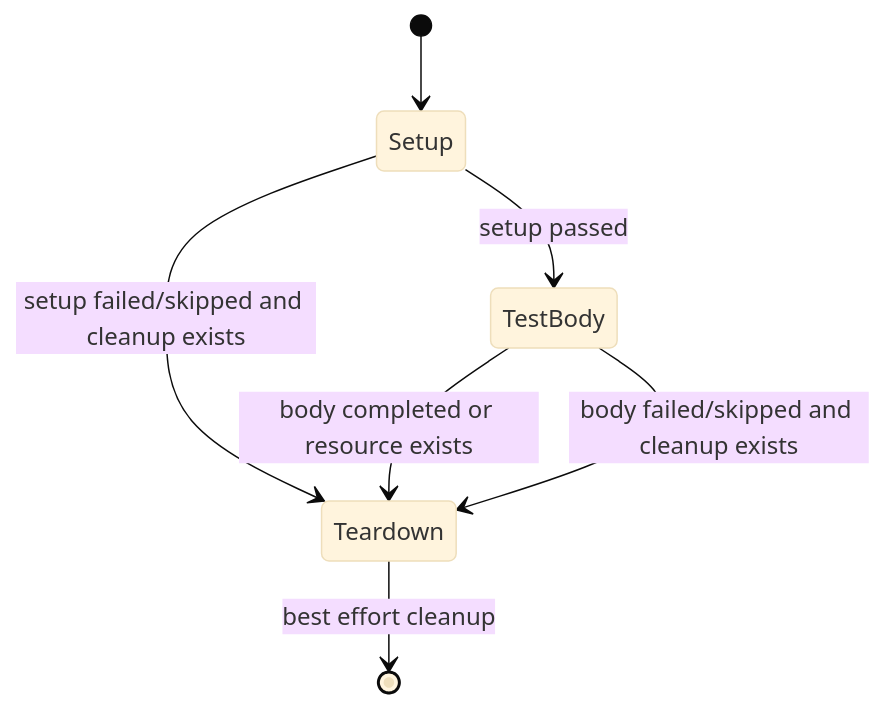
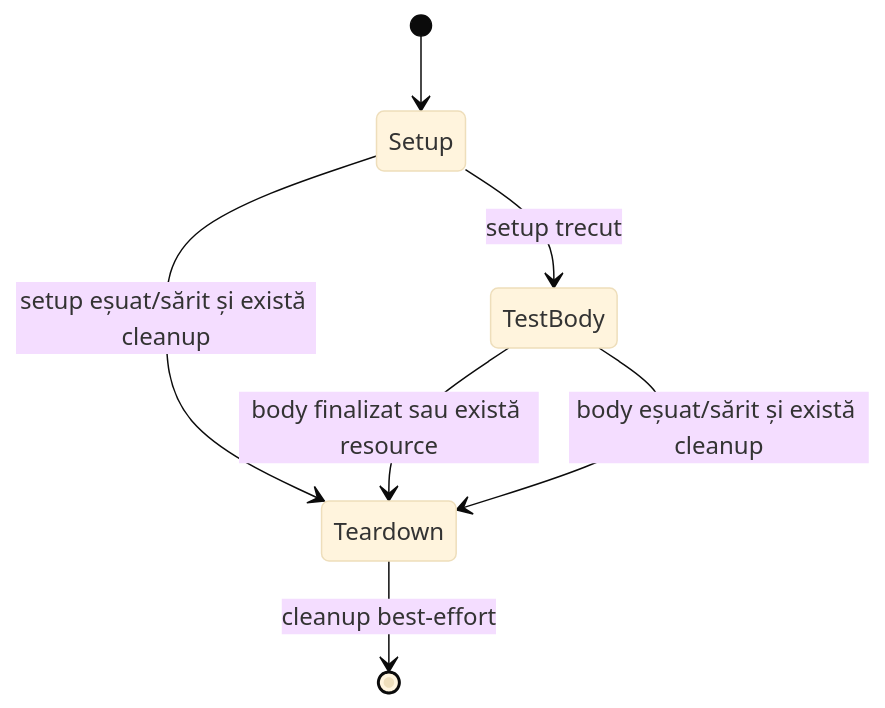
The fifth of 5 diagrams in README.md (crististefanita/CS1), drawn with Mermaid (base theme) before and after one commit. The commit also changed other lines of this file and 28 other files, not shown here.

````diff
--- a/README.md
+++ b/README.md
@@ -241,9 +242,9 @@
 ```mermaid
 stateDiagram-v2
     [*] --> Setup
-    Setup --> TestBody: setup passed
-    Setup --> Teardown: setup failed/skipped and cleanup exists
-    TestBody --> Teardown: body completed or resource exists
-    TestBody --> Teardown: body failed/skipped and cleanup exists
-    Teardown --> [*]: best effort cleanup
+    Setup --> TestBody: setup trecut
+    Setup --> Teardown: setup eșuat/sărit și există cleanup
+    TestBody --> Teardown: body finalizat sau există resource
+    TestBody --> Teardown: body eșuat/sărit și există cleanup
+    Teardown --> [*]: cleanup best-effort
 ```
````
